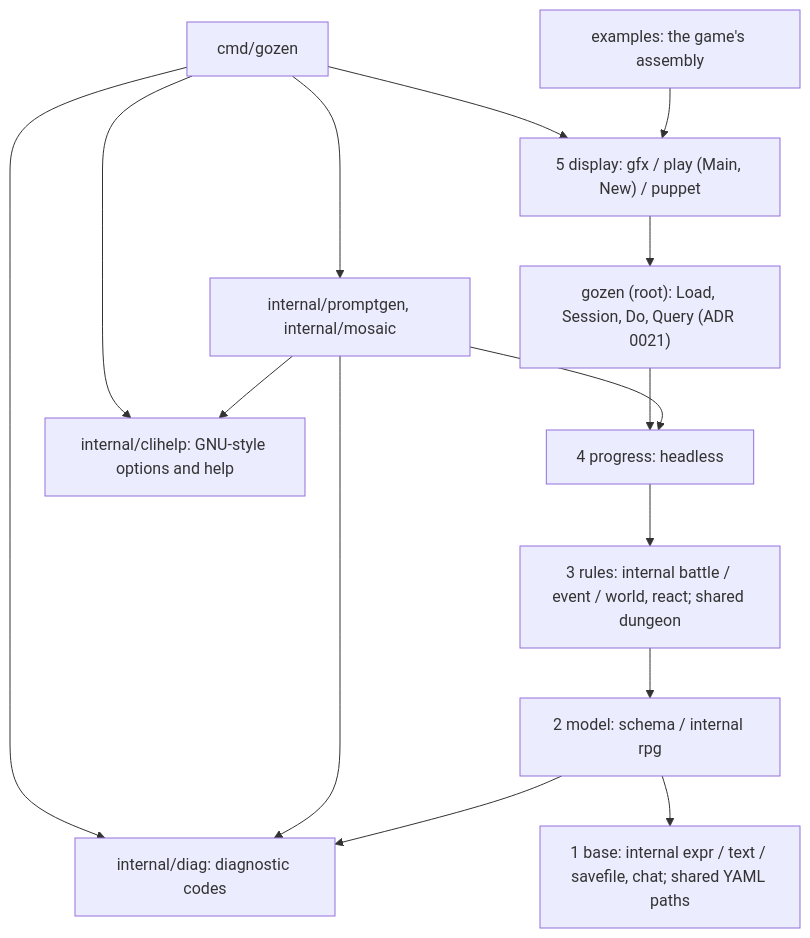
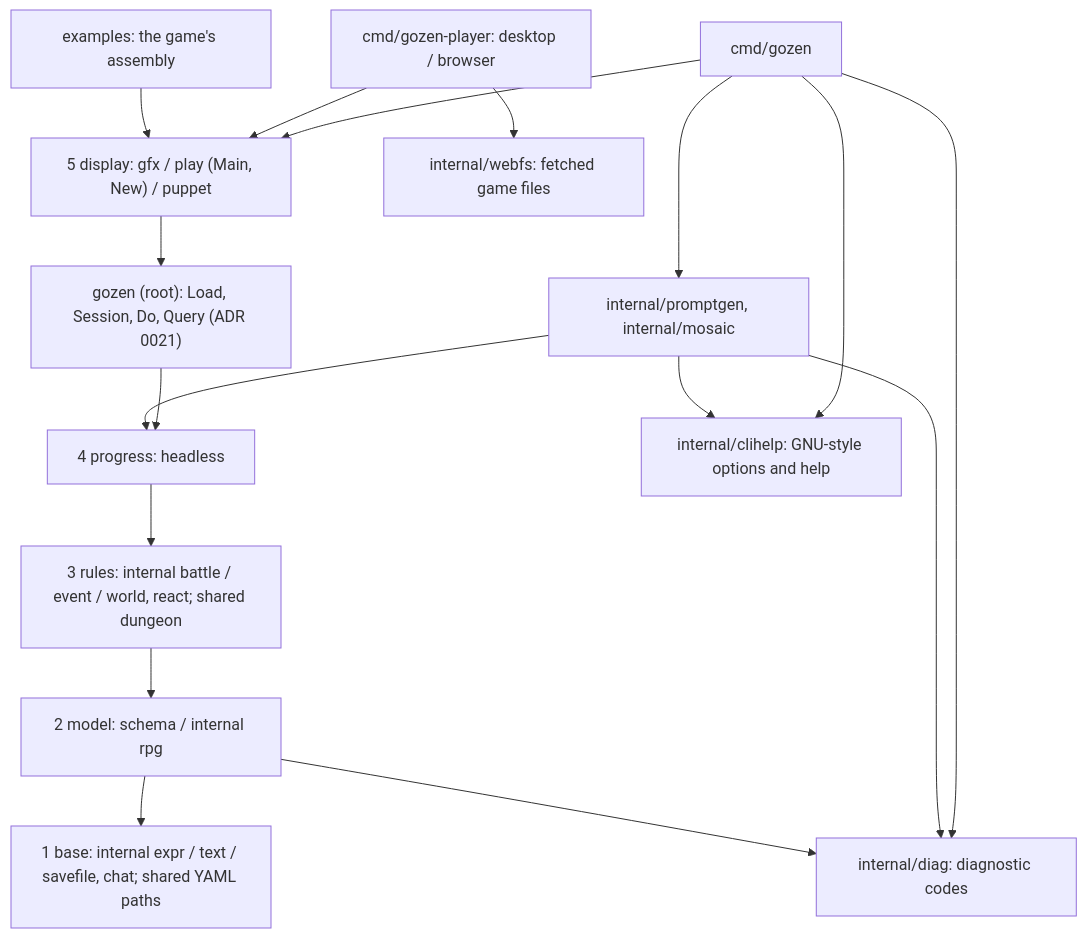
Before and after one commit to nao1215/gozen: the diagram in docs/architecture/overview.md, drawn with Mermaid. The commit also changed other lines of this file and 28 other files, not shown here.

````diff
--- a/docs/architecture/overview.md
+++ b/docs/architecture/overview.md
@@ -13,18 +13,20 @@
 ```mermaid
 flowchart TB
   L5["5 display: gfx / play (Main, New) / puppet"]
   L5 --> R["gozen (root): Load, Session, Do, Query (ADR 0021)"]
   R --> L4["4 progress: headless"]
   L4 --> L3["3 rules: internal battle / event / world, react; shared dungeon"]
   L3 --> L2["2 model: schema / internal rpg"]
   L2 --> L1["1 base: internal expr / text / savefile, chat; shared YAML paths"]
   CLI["cmd/gozen"] --> L5
+  Player["cmd/gozen-player: desktop / browser"] --> L5
+  Player --> WebFS["internal/webfs: fetched game files"]
   CLI --> Private["internal/promptgen, internal/mosaic"]
   Private --> L4
   CLI --> Help["internal/clihelp: GNU-style options and help"]
   Private --> Help
   CLI --> Diag["internal/diag: diagnostic codes"]
   Private --> Diag
   L2 --> Diag
   Example["examples: the game's assembly"] --> L5
 ```
````
